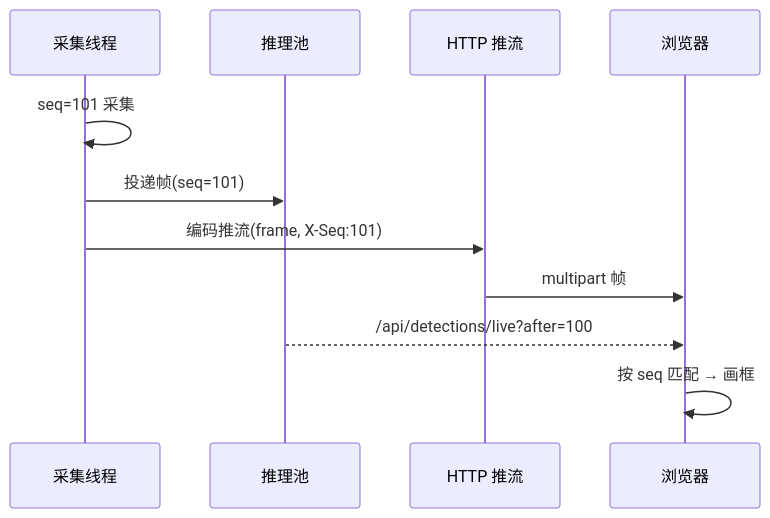
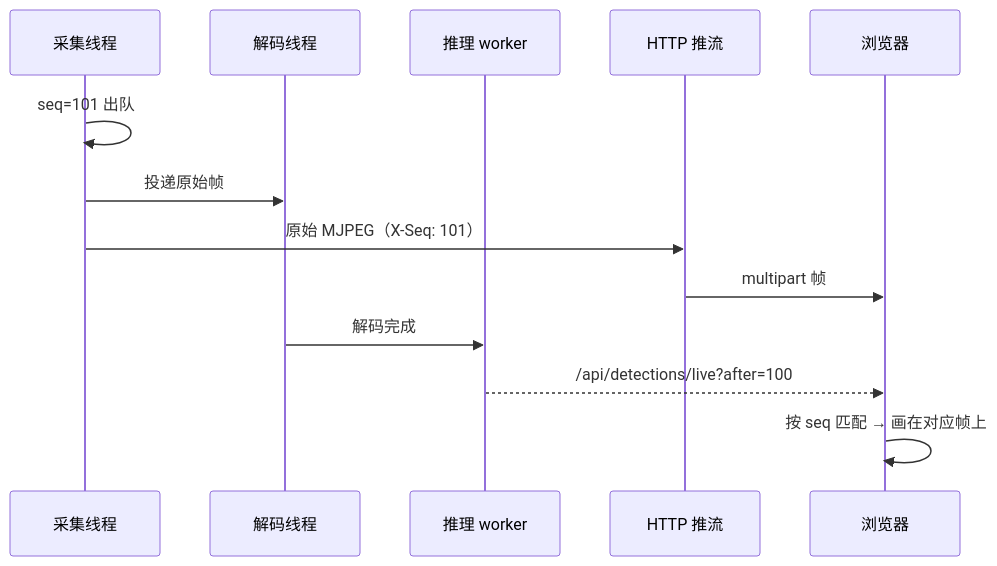
The second of 5 diagrams in README.md (qianruo-orange/autonomous-driving-car), drawn with Mermaid before and after one commit. The commit also changed other lines of this file and 2 other files, not shown here.

````diff
--- a/README.md
+++ b/README.md
@@ -106,13 +111,15 @@
 ```mermaid
 sequenceDiagram
     participant C as 采集线程
-    participant N as 推理池
+    participant D as 解码线程
+    participant N as 推理 worker
     participant H as HTTP 推流
     participant B as 浏览器
-    C->>C: seq=101 采集
-    C->>N: 投递帧(seq=101)
-    C->>H: 编码推流(frame, X-Seq:101)
+    C->>C: seq=101 出队
+    C->>D: 投递原始帧
+    C->>H: 原始 MJPEG（X-Seq: 101）
     H->>B: multipart 帧
+    D->>N: 解码完成
     N-->>B: /api/detections/live?after=100
-    B->>B: 按 seq 匹配 → 画框
+    B->>B: 按 seq 匹配 → 画在对应帧上
 ```
````
